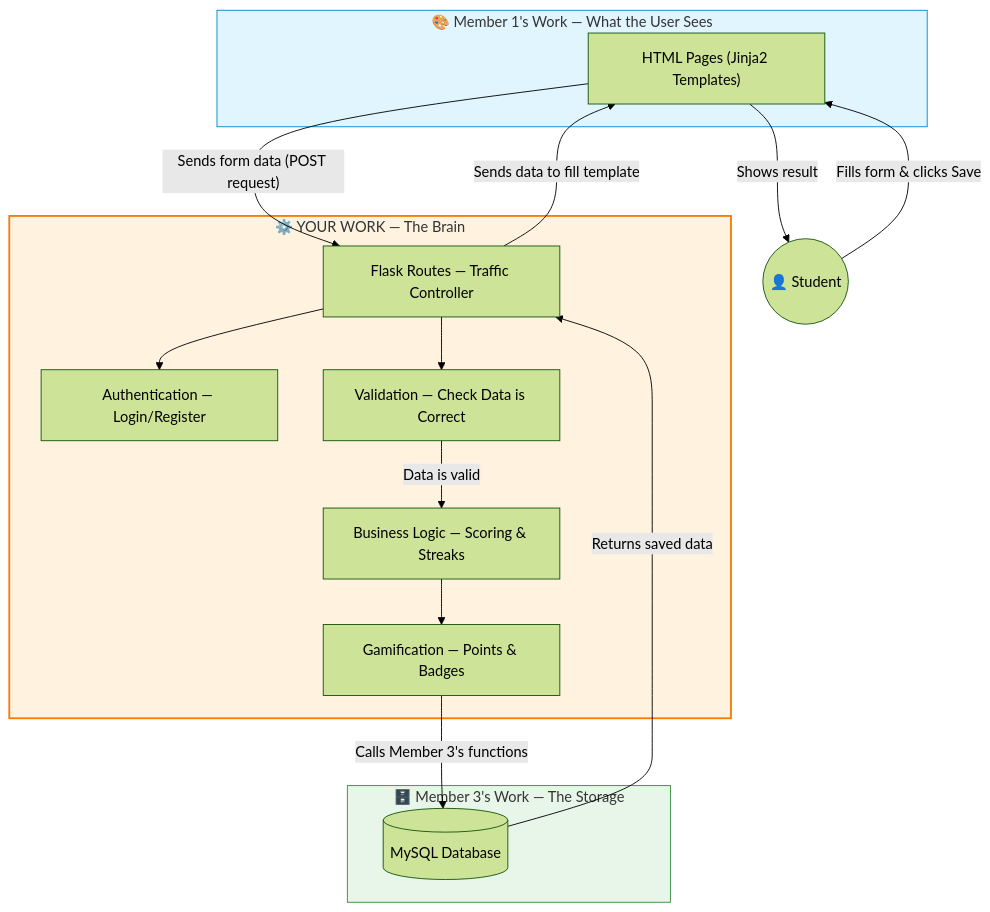
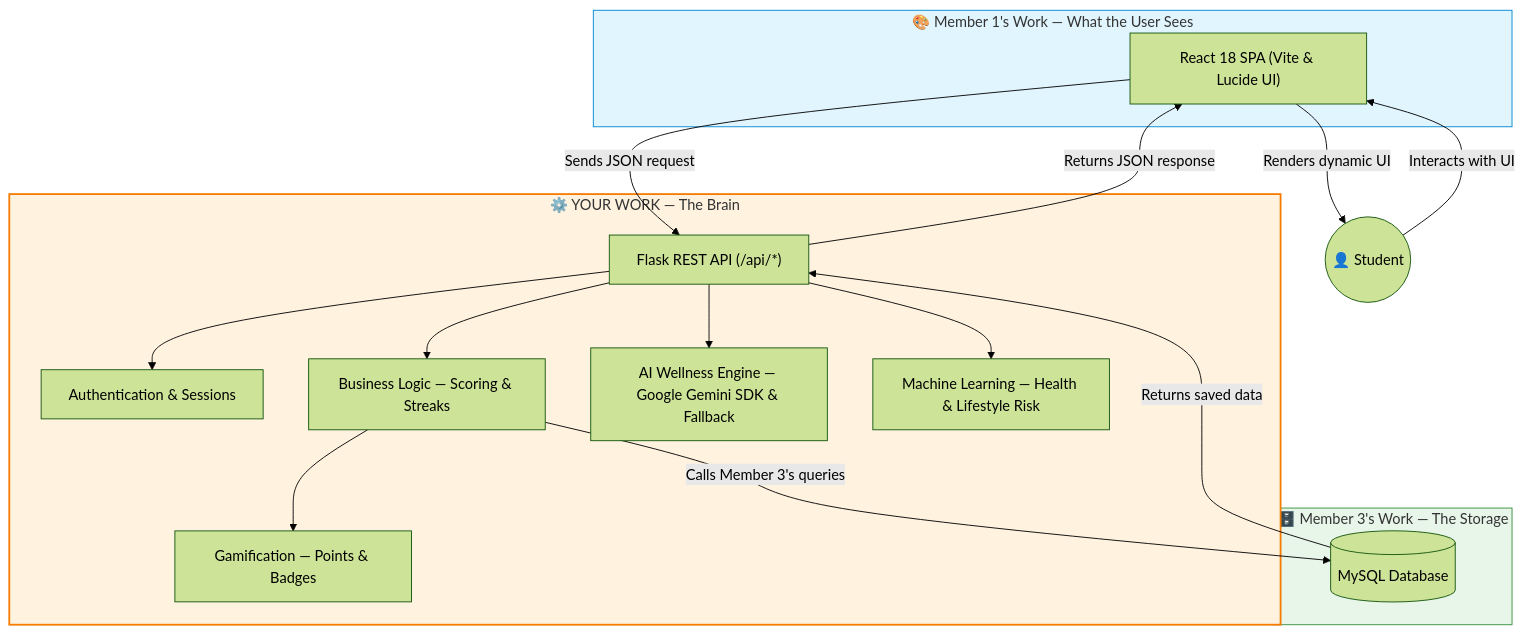
Before and after one commit to goxxie08/Wellvia: the first of 6 diagrams in members/role_member2_backend.md, drawn with Mermaid (forest theme). The commit also changed 8 other files, not shown here.

````diff
--- a/members/role_member2_backend.md
+++ b/members/role_member2_backend.md
@@ -19,34 +19,36 @@
 ```mermaid
 flowchart TD
     subgraph Frontend ["🎨 Member 1's Work — What the User Sees"]
-        A["HTML Pages (Jinja2 Templates)"]
+        A["React 18 SPA (Vite & Lucide UI)"]
     end
 
     subgraph YourWork ["⚙️ YOUR WORK — The Brain"]
-        R["Flask Routes — Traffic Controller"]
-        AU["Authentication — Login/Register"]
-        V["Validation — Check Data is Correct"]
+        R["Flask REST API (/api/*)"]
+        AU["Authentication & Sessions"]
         BL["Business Logic — Scoring & Streaks"]
         GM["Gamification — Points & Badges"]
+        AI["AI Wellness Engine — Google Gemini SDK & Fallback"]
+        ML["Machine Learning — Health & Lifestyle Risk"]
     end
 
     subgraph Database ["🗄️ Member 3's Work — The Storage"]
         E[("MySQL Database")]
     end
 
     User(("👤 Student"))
-    User -->|"Fills form & clicks Save"| A
-    A -->|"Sends form data (POST request)"| R
+    User -->|"Interacts with UI"| A
+    A -->|"Sends JSON request"| R
     R --> AU
-    R --> V
-    V -->|"Data is valid"| BL
+    R --> BL
     BL --> GM
-    GM -->|"Calls Member 3's functions"| E
+    R --> AI
+    R --> ML
+    BL -->|"Calls Member 3's queries"| E
     E -->|"Returns saved data"| R
-    R -->|"Sends data to fill template"| A
-    A -->|"Shows result"| User
+    R -->|"Returns JSON response"| A
+    A -->|"Renders dynamic UI"| User
 
     style YourWork fill:#fff3e0,stroke:#f57c00,stroke-width:2px
     style Frontend fill:#e1f5fe,stroke:#0288d1,stroke-width:1px
     style Database fill:#e8f5e9,stroke:#388e3c,stroke-width:1px
 ```
````
